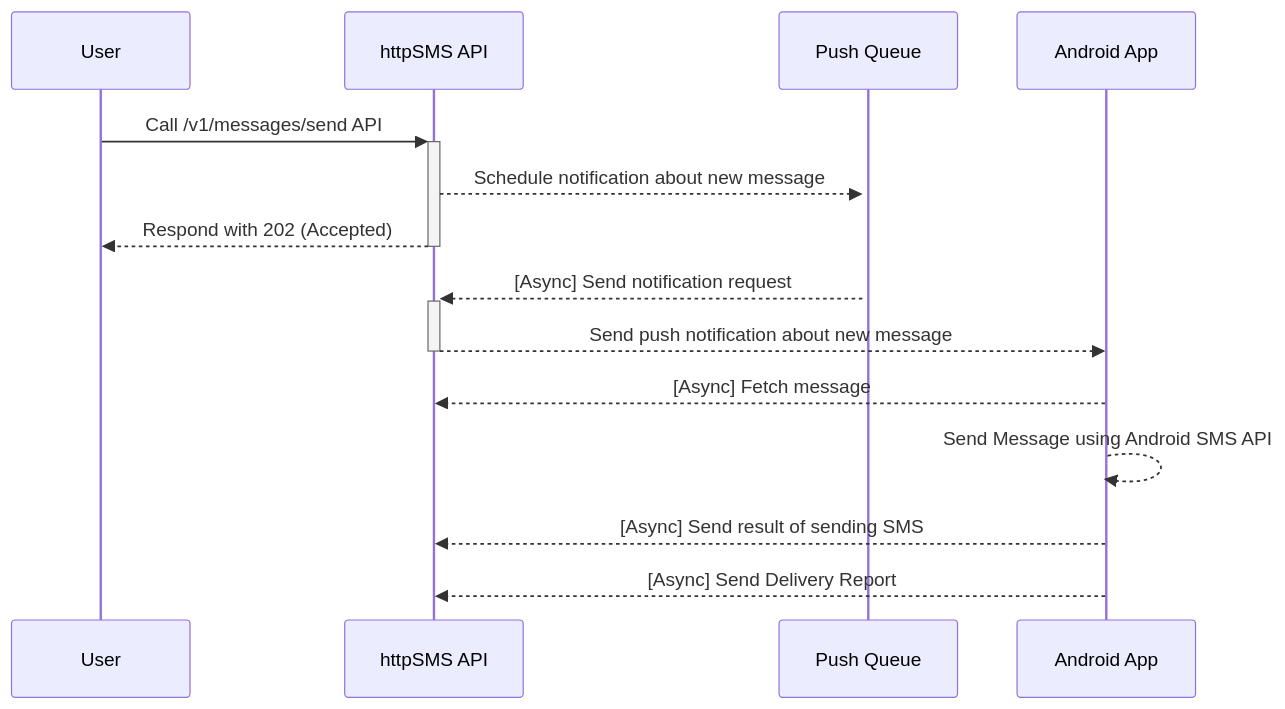
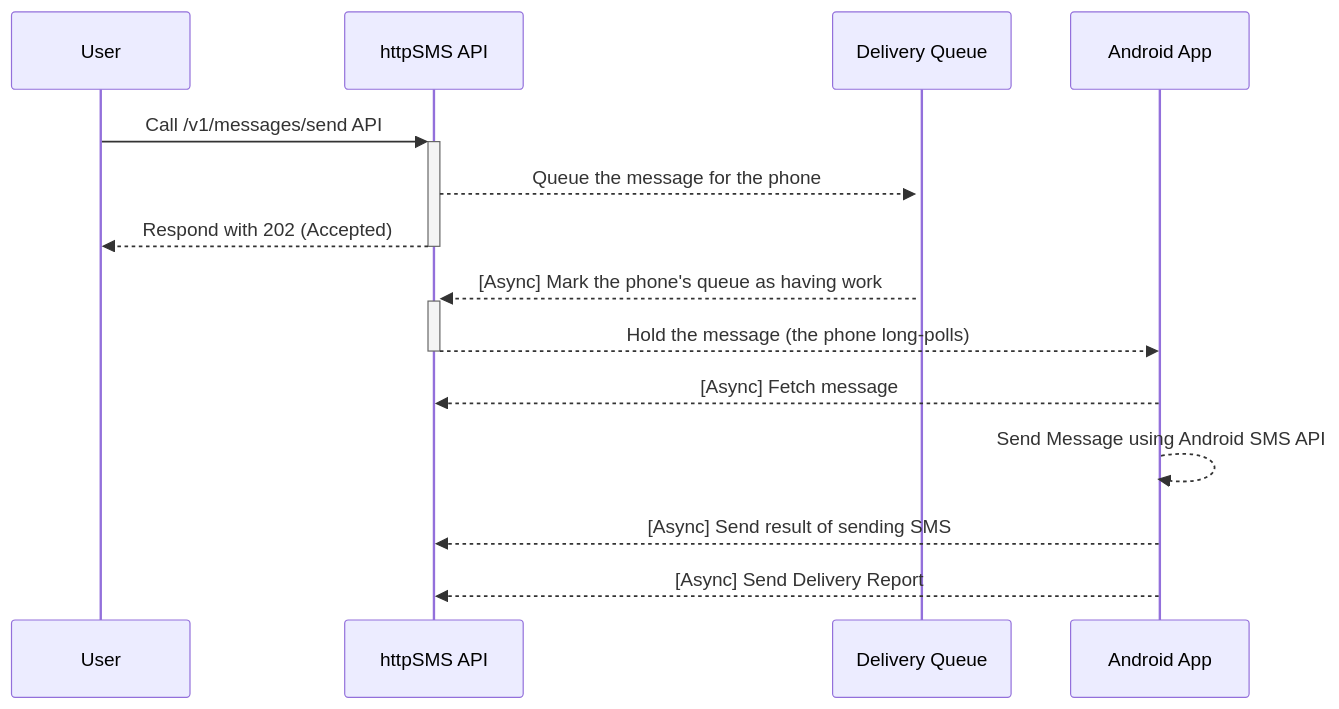
One commit to j0904/httpsms changed the diagram in README.md. Above: the diagram before and after it, drawn with Mermaid. The commit also changed other lines of this file and 3 other files, not shown here.

````diff
--- a/README.md
+++ b/README.md
@@ -127,12 +126,12 @@
 ```mermaid
 sequenceDiagram
 User->>+httpSMS API: Call /v1/messages/send API
-httpSMS API-->>+Push Queue: Schedule notification about new message
+httpSMS API-->>+Delivery Queue: Queue the message for the phone
 httpSMS API-->>-User: Respond with 202 (Accepted)
-Push Queue-->>+httpSMS API: [Async] Send notification request
-httpSMS API-->>-Android App: Send push notification about new message
+Delivery Queue-->>+httpSMS API: [Async] Mark the phone's queue as having work
+httpSMS API-->>-Android App: Hold the message (the phone long-polls)
 Android App-->>httpSMS API: [Async] Fetch message
 Android App-->>Android App: Send Message using Android SMS API
 Android App-->>httpSMS API: [Async] Send result of sending SMS
 Android App-->>httpSMS API: [Async] Send Delivery Report
 ```
````
